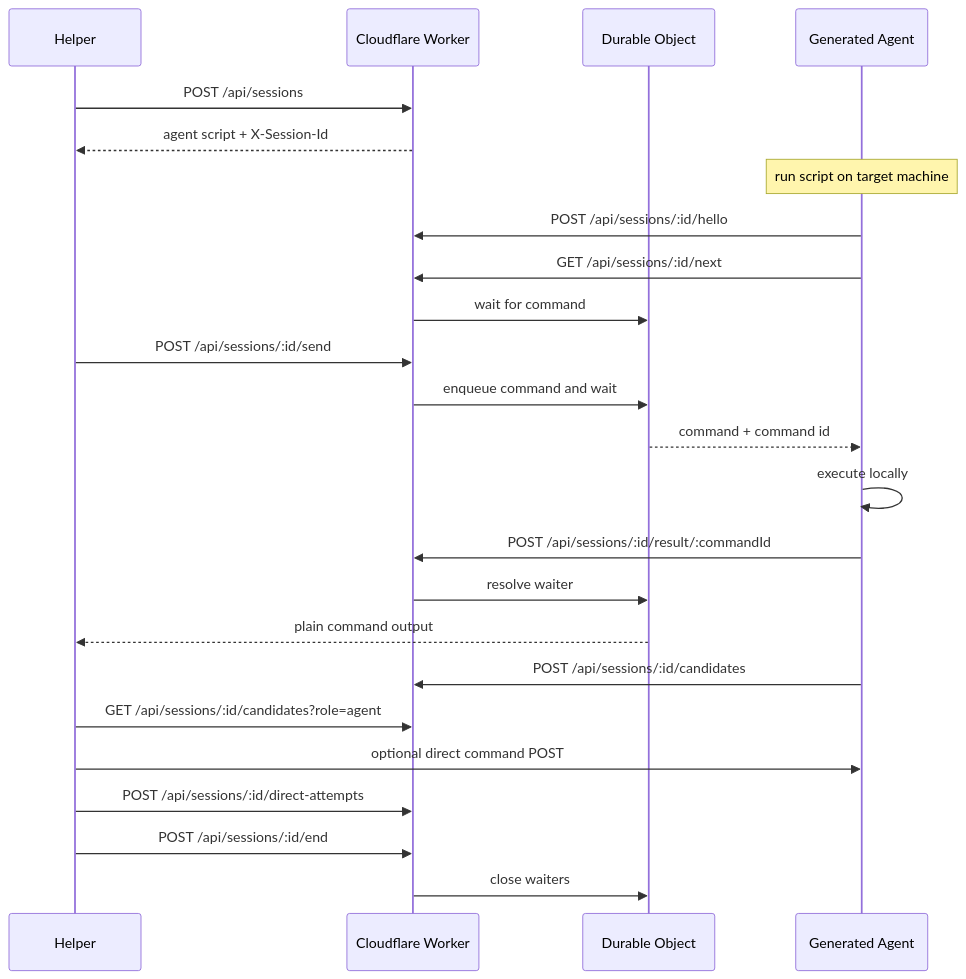
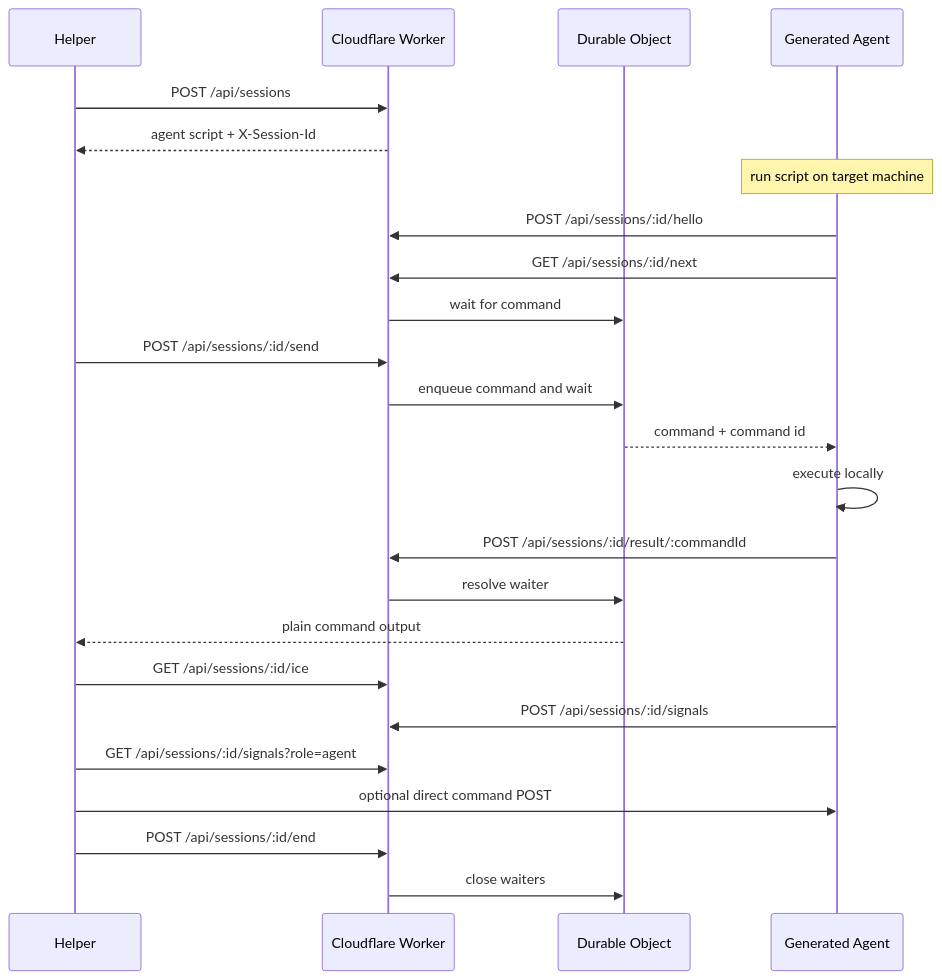
Before and after one commit to Stoffbergie/shell-over-edge: the diagram in README.md, drawn with Mermaid. The commit also changed other lines of this file and 17 other files, not shown here.

````diff
--- a/README.md
+++ b/README.md
@@ -15,31 +15,31 @@
 ```mermaid
 sequenceDiagram
     participant Helper
     participant Worker as Cloudflare Worker
     participant Bridge as Durable Object
     participant Agent as Generated Agent
 
     Helper->>Worker: POST /api/sessions
     Worker-->>Helper: agent script + X-Session-Id
 
     Note over Agent: run script on target machine
     Agent->>Worker: POST /api/sessions/:id/hello
     Agent->>Worker: GET /api/sessions/:id/next
     Worker->>Bridge: wait for command
 
     Helper->>Worker: POST /api/sessions/:id/send
     Worker->>Bridge: enqueue command and wait
     Bridge-->>Agent: command + command id
     Agent->>Agent: execute locally
     Agent->>Worker: POST /api/sessions/:id/result/:commandId
     Worker->>Bridge: resolve waiter
     Bridge-->>Helper: plain command output
 
-    Agent->>Worker: POST /api/sessions/:id/candidates
-    Helper->>Worker: GET /api/sessions/:id/candidates?role=agent
+    Helper->>Worker: GET /api/sessions/:id/ice
+    Agent->>Worker: POST /api/sessions/:id/signals
+    Helper->>Worker: GET /api/sessions/:id/signals?role=agent
     Helper->>Agent: optional direct command POST
-    Helper->>Worker: POST /api/sessions/:id/direct-attempts
 
     Helper->>Worker: POST /api/sessions/:id/end
     Worker->>Bridge: close waiters
 ```
````
